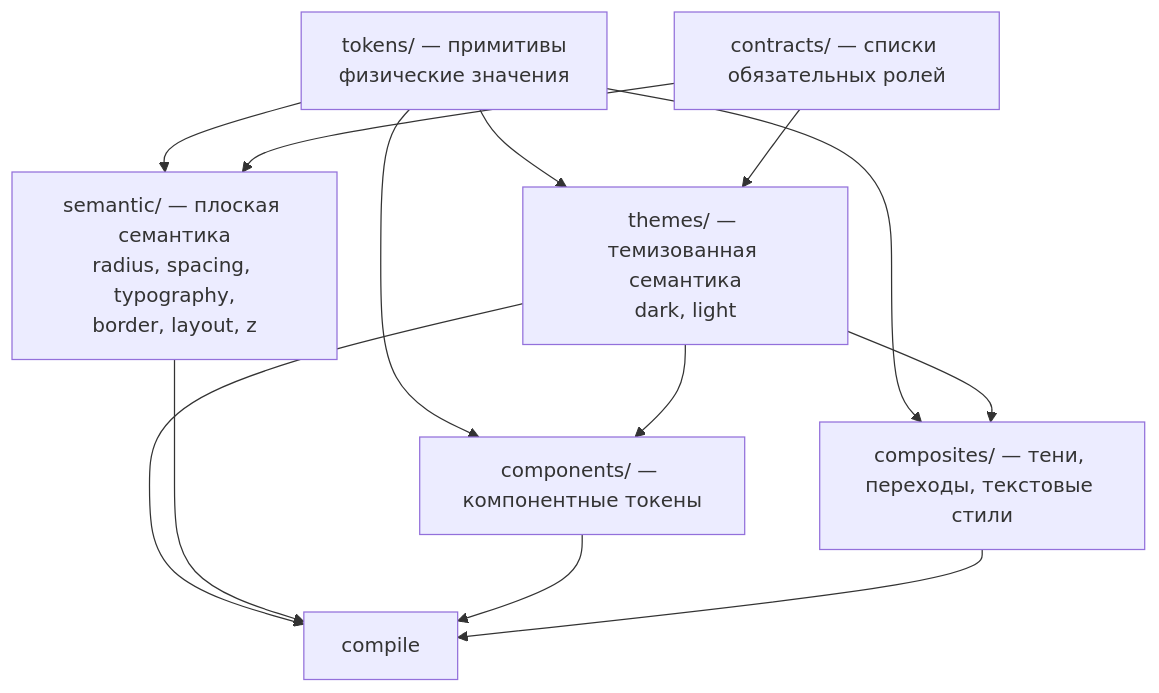
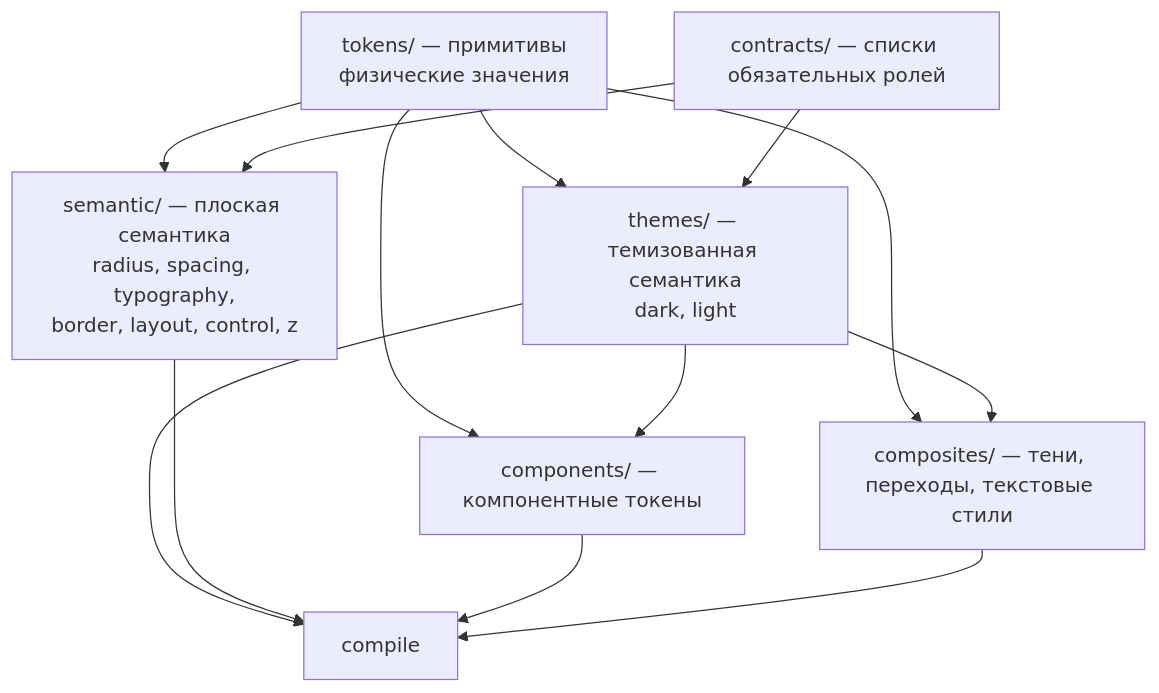
Before and after one commit to yuriisurzhykov/Tallyvane: the diagram in docs/frontend/01-shared-design-tokens.md, drawn with Mermaid. The commit also changed other lines of this file and 162 other files, not shown here.

````diff
--- a/docs/frontend/01-shared-design-tokens.md
+++ b/docs/frontend/01-shared-design-tokens.md
@@ -45,23 +45,23 @@
 ```mermaid
 flowchart TB
     P["tokens/ — примитивы<br/>физические значения"]
     CT["contracts/ — списки обязательных ролей"]
     T["themes/ — темизованная семантика<br/>dark, light"]
-    S["semantic/ — плоская семантика<br/>radius, spacing, typography,<br/>border, layout, z"]
+    S["semantic/ — плоская семантика<br/>radius, spacing, typography,<br/>border, layout, control, z"]
     C["components/ — компонентные токены"]
     K["composites/ — тени, переходы, текстовые стили"]
     G["compile"]
 
     P --> T
     P --> S
     CT --> T
     CT --> S
     P --> C
     T --> C
     P --> K
     T --> K
     T --> G
     S --> G
     C --> G
     K --> G
 ```
````
